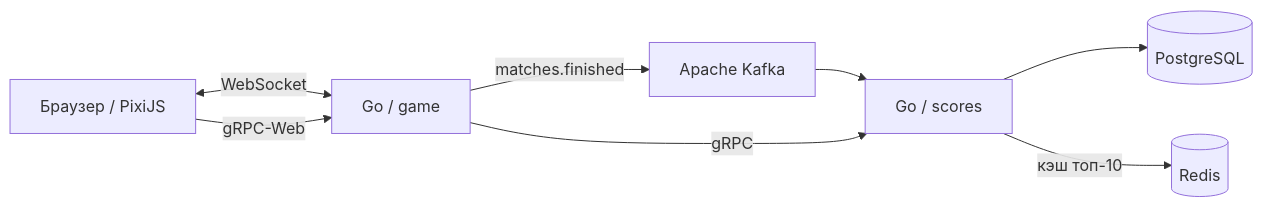
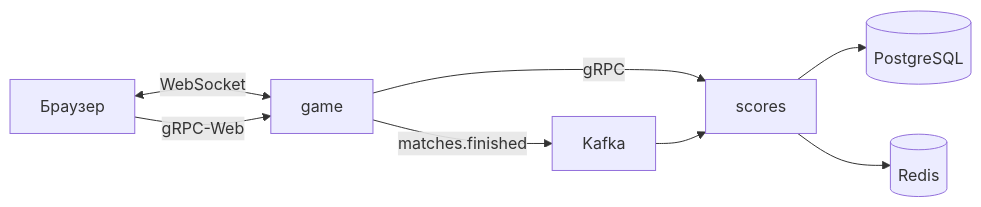
The diagram in README.md (lagatun54/orbital-run), drawn with Mermaid before and after one commit. The commit also changed other lines of this file and 1 other file, not shown here.

````diff
--- a/README.md
+++ b/README.md
@@ -79,10 +48,10 @@
 ```mermaid
 flowchart LR
-    Browser["Браузер / PixiJS"] <-->|WebSocket| Game["Go / game"]
-    Game -->|"matches.finished"| Kafka["Apache Kafka"]
-    Kafka --> Scores["Go / scores"]
-    Scores --> PG[("PostgreSQL")]
-    Scores -->|кэш топ-10| Redis[("Redis")]
-    Browser -->|gRPC-Web| Game
-    Game -->|gRPC| Scores
+    Client["Браузер"] <-->|WebSocket| Game["game"]
+    Client -->|gRPC-Web| Game
+    Game -->|gRPC| Scores["scores"]
+    Game -->|matches.finished| Kafka["Kafka"]
+    Kafka --> Scores
+    Scores --> Postgres[("PostgreSQL")]
+    Scores --> Redis[("Redis")]
 ```
````
